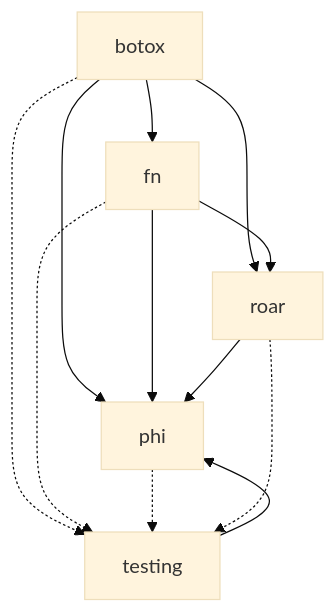
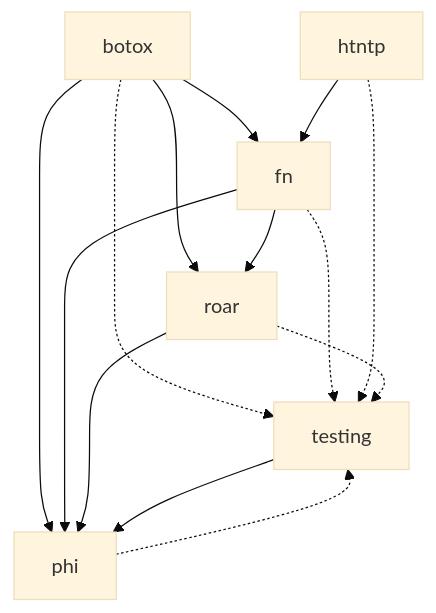
One commit to SamuelCabralCruz/going changed the diagram in README.md. Above: the diagram before and after it, drawn with Mermaid (base theme). The commit also changed other lines of this file and 6 other files, not shown here.

````diff
--- a/README.md
+++ b/README.md
@@ -33,20 +37,29 @@
 ```mermaid
 graph TB
 ;
     BOTOX[botox];
     FN[fn];
+    HTNTP[htntp];
     PHI[phi];
     ROAR[roar];
     TESTING[testing];
+
+    BOTOX -.-> TESTING;
+    FN -.-> TESTING;
+    HTNTP -.-> TESTING;
+    PHI -.-> TESTING;
+    ROAR -.-> TESTING;
+
     BOTOX --> FN;
     BOTOX --> PHI;
     BOTOX --> ROAR;
-    BOTOX -.-> TESTING;
+    
     FN --> PHI;
     FN --> ROAR;
-    FN -.-> TESTING;
-    PHI -.-> TESTING;
+    
+    HTNTP --> FN;
+    
     ROAR --> PHI;
-    ROAR -.-> TESTING;
+    
     TESTING --> PHI;
 ```
````
